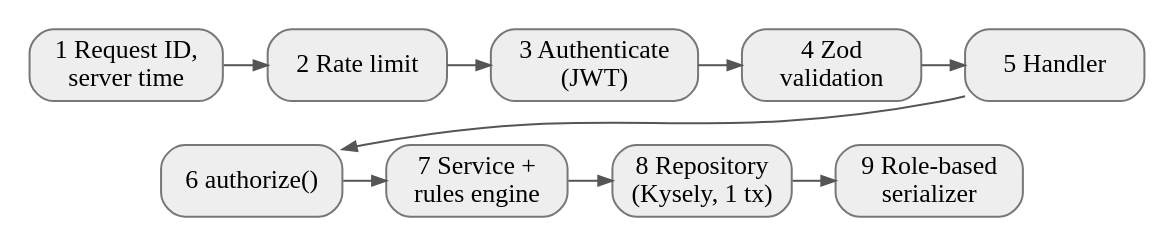
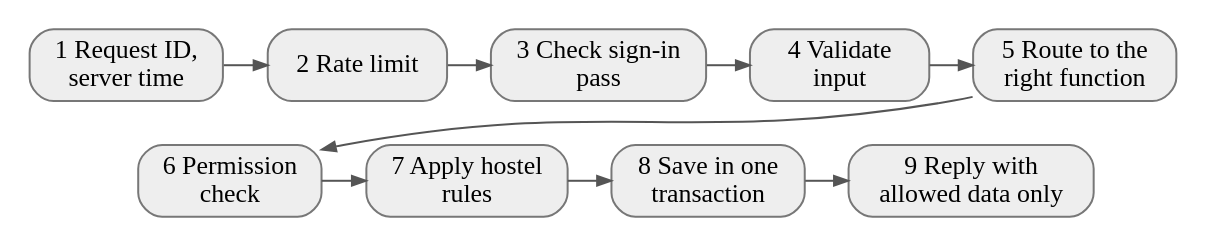
The diagram in docs/report/diagrams/pipeline.dot (keeratpunia/HAVEN), drawn with Graphviz before and after one commit. The commit also changed 15 other files, not shown here.

```diff
--- a/docs/report/diagrams/pipeline.dot
+++ b/docs/report/diagrams/pipeline.dot
@@ -1,14 +1,14 @@
 // Request pipeline — apps/api/src/app.ts (hooks in registration order) and SDD §8.2.
 digraph pipeline {
   graph [rankdir=TB, newrank=true, nodesep=0.3, ranksep=0.3, pad=0.1];
   node  [shape=box, style="filled,rounded", fillcolor="#eeeeee", color="#777777", fontname="Times New Roman", fontsize=13, margin="0.1,0.05", width=1.25];
   edge  [color="#555555", arrowsize=0.7];
-  a [label="1 Request ID,\nserver time"]; b [label="2 Rate limit"]; c [label="3 Authenticate\n(JWT)"]; d [label="4 Zod\nvalidation"]; e [label="5 Handler"];
-  f [label="6 authorize()"]; g [label="7 Service +\nrules engine"]; h [label="8 Repository\n(Kysely, 1 tx)"]; i [label="9 Role-based\nserializer"];
+  a [label="1 Request ID,\nserver time"]; b [label="2 Rate limit"]; c [label="3 Check sign-in\npass"]; d [label="4 Validate\ninput"]; e [label="5 Route to the\nright function"];
+  f [label="6 Permission\ncheck"]; g [label="7 Apply hostel\nrules"]; h [label="8 Save in one\ntransaction"]; i [label="9 Reply with\nallowed data only"];
   {rank=same; a; b; c; d; e}
   {rank=same; f; g; h; i}
   a -> b -> c -> d -> e;
   e -> f;
   f -> g -> h -> i;
   a -> i [style=invis];
 }
```
